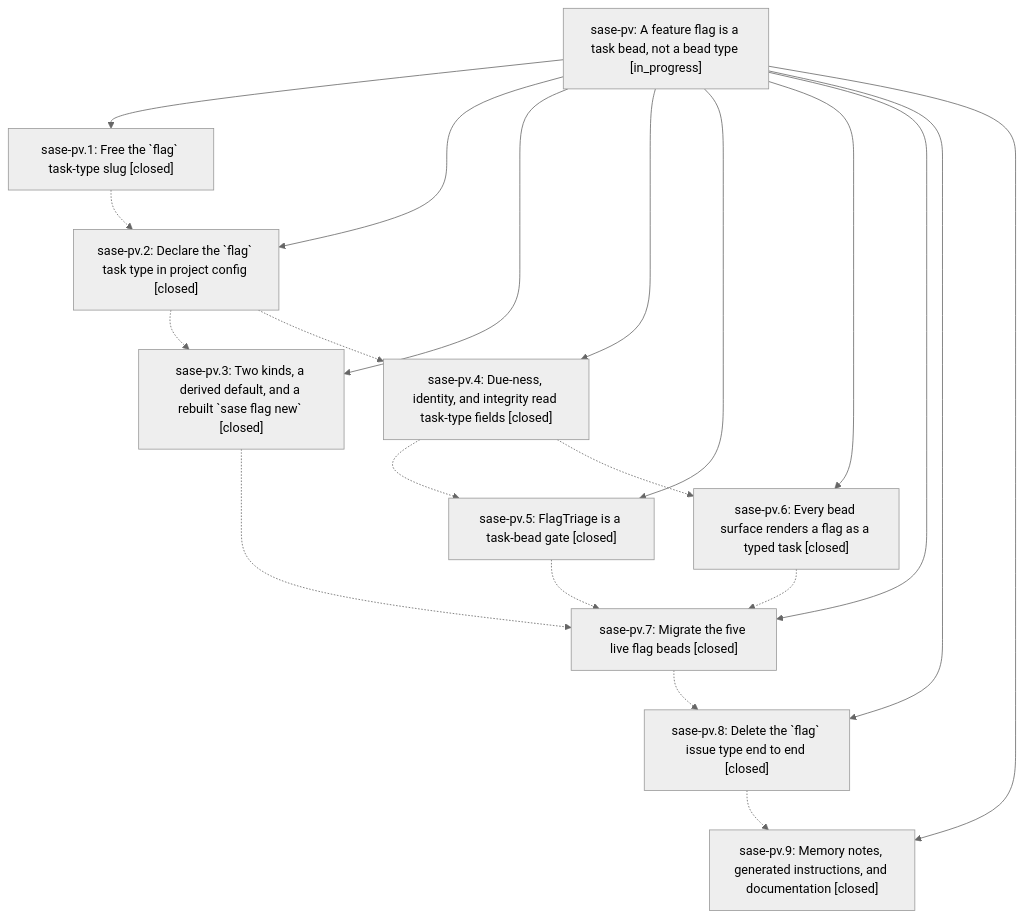
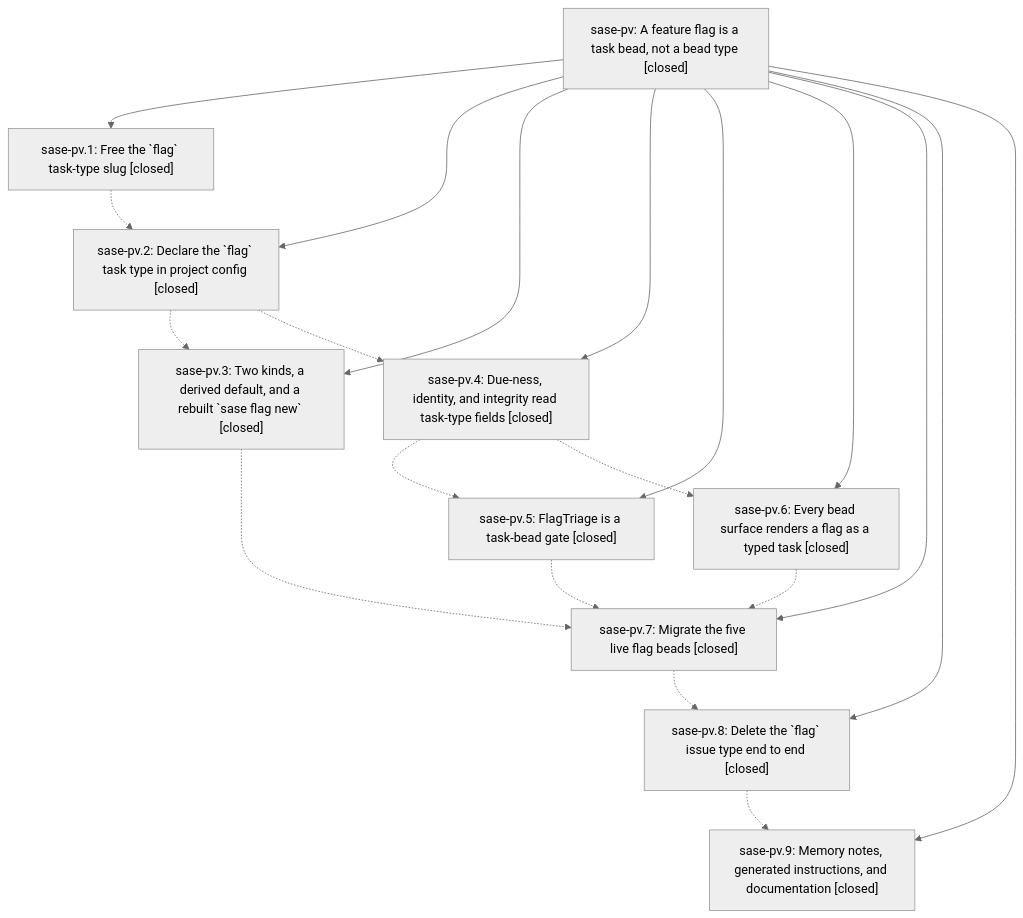
Before and after one commit to sase-org/sase--beads: the diagram in pages/sase-pv/README.md, drawn with Mermaid (neutral theme). The commit also changed other lines of this file, not shown here.

First line of the commit message:
chore(beads): sync bead state and pages for sase-pv

````diff
--- a/pages/sase-pv/README.md
+++ b/pages/sase-pv/README.md
@@ -62,32 +148,32 @@
 ```mermaid
 flowchart TD
-    n0["sase-pv: A feature flag is a task bead, not a bead type [in_progress]"]
+    n0["sase-pv: A feature flag is a task bead, not a bead type [closed]"]
     n1["sase-pv.1: Free the `flag` task-type slug [closed]"]
     n2["sase-pv.2: Declare the `flag` task type in project config [closed]"]
     n3["sase-pv.3: Two kinds, a derived default, and a rebuilt `sase flag new` [closed]"]
     n4["sase-pv.4: Due-ness, identity, and integrity read task-type fields [closed]"]
     n5["sase-pv.5: FlagTriage is a task-bead gate [closed]"]
     n6["sase-pv.6: Every bead surface renders a flag as a typed task [closed]"]
     n7["sase-pv.7: Migrate the five live flag beads [closed]"]
     n8["sase-pv.8: Delete the `flag` issue type end to end [closed]"]
     n9["sase-pv.9: Memory notes, generated instructions, and documentation [closed]"]
     n0 --> n1
     n0 --> n2
     n0 --> n3
     n0 --> n4
     n0 --> n5
     n0 --> n6
     n0 --> n7
     n0 --> n8
     n0 --> n9
     n1 -.-> n2
     n2 -.-> n3
     n2 -.-> n4
     n3 -.-> n7
     n4 -.-> n5
     n4 -.-> n6
     n5 -.-> n7
     n6 -.-> n7
     n7 -.-> n8
     n8 -.-> n9
 ```
````
